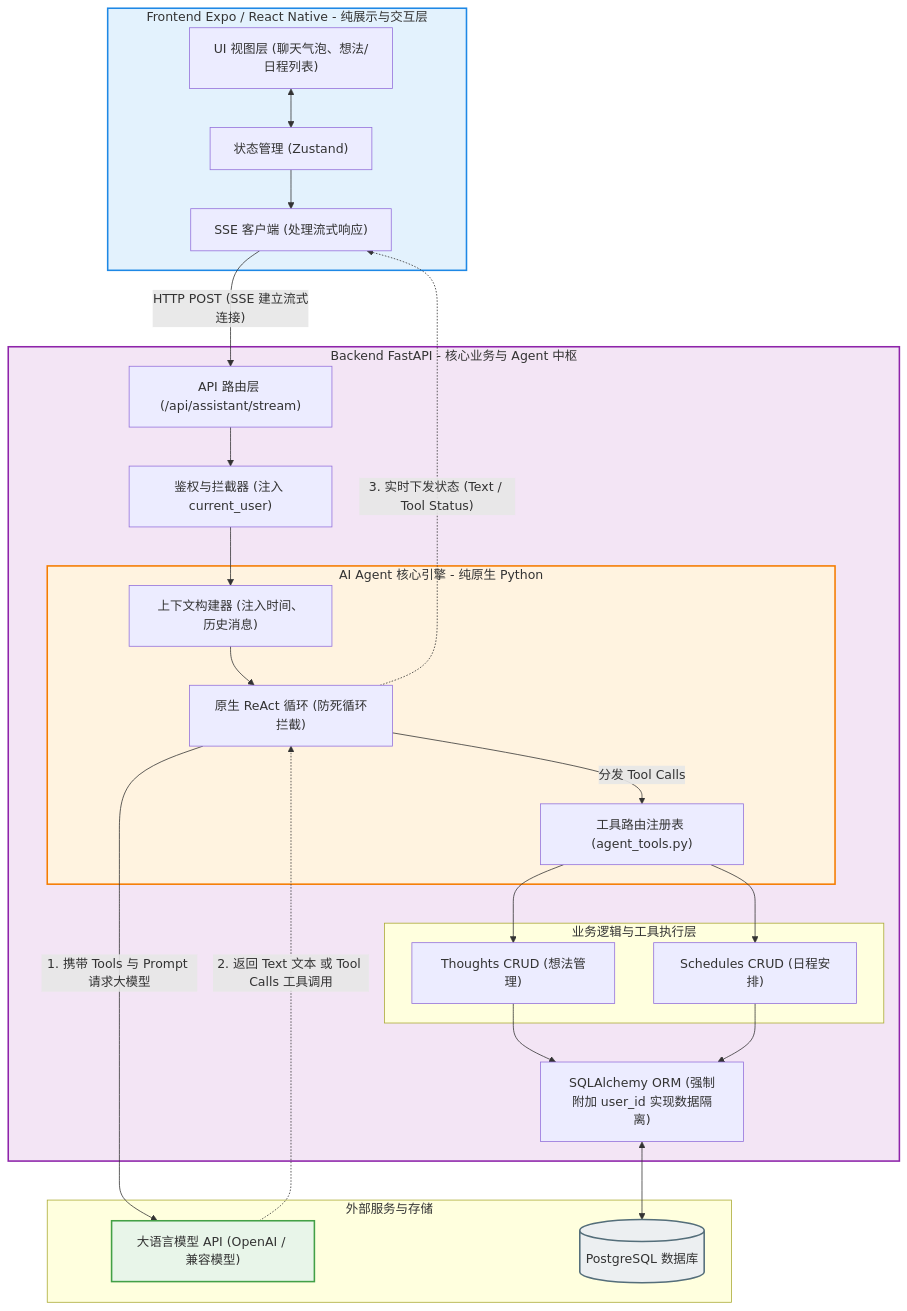
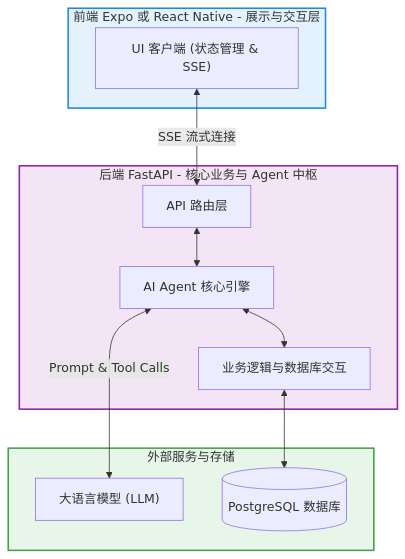
Before and after one commit to whjwjx/FastAgent: the diagram in README.md, drawn with Mermaid.

Commit message:
docs: 更新架构图以简化组件和连接关系
更新 README 中的 Mermaid 架构图，使其更加简洁清晰。
- 合并前端子模块，减少内部连线
- 简化后端子模块结构，移除详细的内部组件
- 重新组织外部服务分组
- 简化各层之间的调用关系描述

````diff
--- a/README.md
+++ b/README.md
@@ -27,68 +27,36 @@
 ```mermaid
 graph TD 
     %% 样式定义 
     classDef frontend fill:#e3f2fd,stroke:#1e88e5,stroke-width:2px; 
     classDef backend fill:#f3e5f5,stroke:#8e24aa,stroke-width:2px; 
-    classDef agent fill:#fff3e0,stroke:#f57c00,stroke-width:2px; 
     classDef external fill:#e8f5e9,stroke:#43a047,stroke-width:2px; 
-    classDef database fill:#eceff1,stroke:#546e7a,stroke-width:2px; 
 
     %% 前端模块 
-    subgraph Frontend [Frontend Expo / React Native - 纯展示与交互层]
-        UI["UI 视图层 (聊天气泡、想法/日程列表)"] 
-        State["状态管理 (Zustand)"] 
-        StreamClient["SSE 客户端 (处理流式响应)"] 
-        
-        UI <--> State 
-        State --> StreamClient 
+    subgraph Frontend [前端 Expo 或 React Native - 展示与交互层]
+        Client["UI 客户端 (状态管理 & SSE)"] 
     end 
     class Frontend frontend; 
 
     %% 后端模块 
-    subgraph Backend [Backend FastAPI - 核心业务与 Agent 中枢]
-        API["API 路由层 (/api/assistant/stream)"] 
-        Auth["鉴权与拦截器 (注入 current_user)"] 
+    subgraph Backend [后端 FastAPI - 核心业务与 Agent 中枢]
+        API["API 路由层"] 
+        Agent["AI Agent 核心引擎"] 
+        Services["业务逻辑与数据库交互"] 
         
-        subgraph AgentEngine [AI Agent 核心引擎 - 纯原生 Python]
-            ContextBuilder["上下文构建器 (注入时间、历史消息)"] 
-            ReActLoop["原生 ReAct 循环 (防死循环拦截)"] 
-            ToolRegistry["工具路由注册表 (agent_tools.py)"] 
-        end 
-        class AgentEngine agent; 
-
-        subgraph BusinessLogic [业务逻辑与工具执行层]
-            ThoughtService["Thoughts CRUD (想法管理)"] 
-            ScheduleService["Schedules CRUD (日程安排)"] 
-        end 
-
-        ORM["SQLAlchemy ORM (强制附加 user_id 实现数据隔离)"] 
-        
-        API --> Auth 
-        Auth --> ContextBuilder 
-        ContextBuilder --> ReActLoop 
-        ReActLoop -- 分发 Tool Calls --> ToolRegistry 
-        ToolRegistry --> ThoughtService 
-        ToolRegistry --> ScheduleService 
-        ThoughtService --> ORM 
-        ScheduleService --> ORM 
+        API <--> Agent 
+        Agent <--> Services 
     end 
     class Backend backend; 
 
-    %% 外部依赖模块 
-    subgraph ExternalServices [外部服务与存储]
-        LLM["大语言模型 API (OpenAI / 兼容模型)"] 
+    %% 外部依赖 
+    subgraph External [外部服务与存储]
+        LLM["大语言模型 (LLM)"] 
         DB[(PostgreSQL 数据库)] 
     end 
-    class LLM external; 
-    class DB database; 
+    class External external; 
 
-    %% 跨模块调用关系 
-    StreamClient -- "HTTP POST (SSE 建立流式连接)" --> API 
-    ReActLoop -- "1. 携带 Tools 与 Prompt 请求大模型" --> LLM 
-    
-    %% 逆向返回流使用虚线
-    LLM -. "2. 返回 Text 文本 或 Tool Calls 工具调用" .-> ReActLoop 
-    ReActLoop -. "3. 实时下发状态 (Text / Tool Status)" .-> StreamClient 
-    
-    ORM <--> DB 
+    %% 调用关系 
+    Client <-->|SSE 流式连接| API 
+    Agent <-->|Prompt & Tool Calls| LLM 
+    Services <--> DB 
 ```
````
